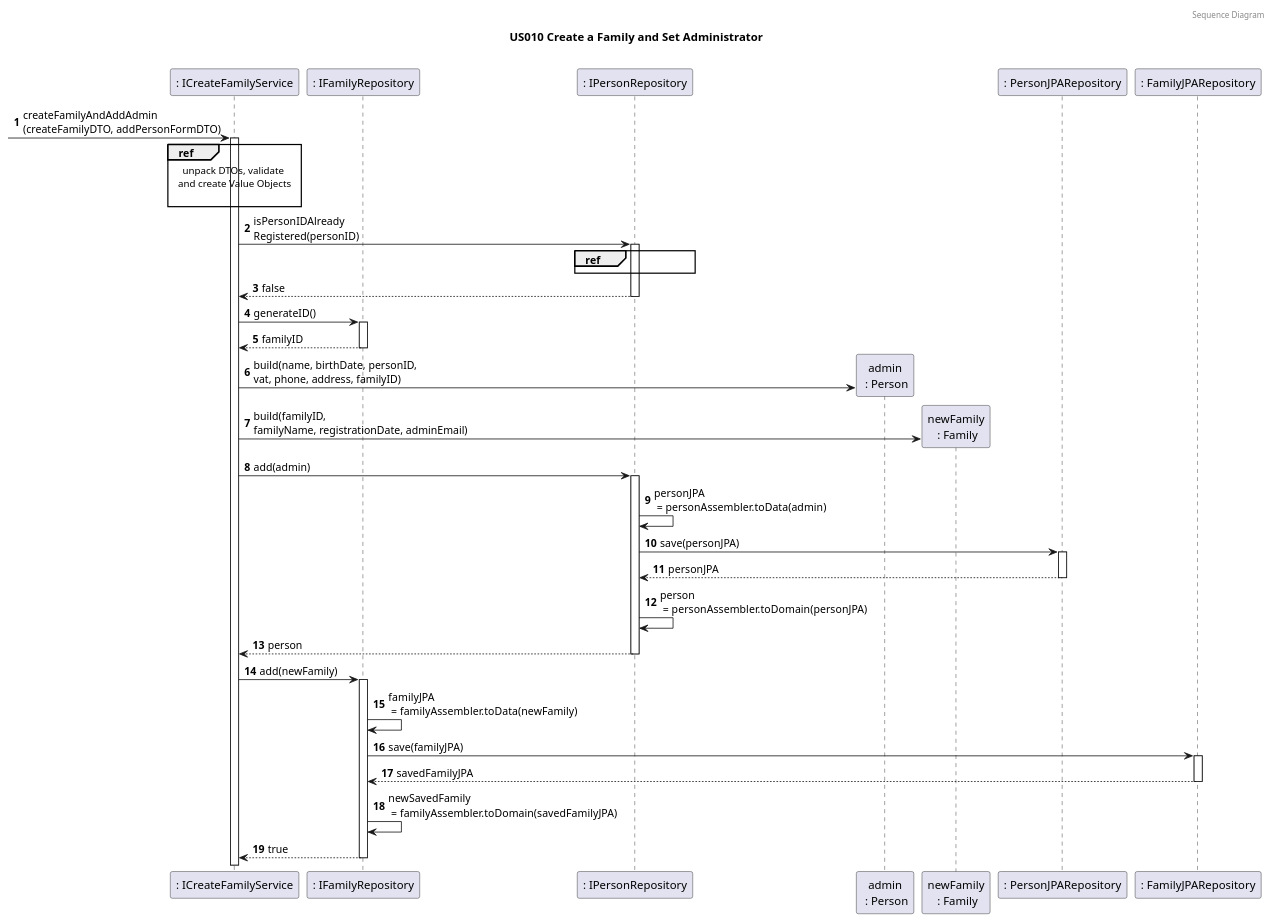
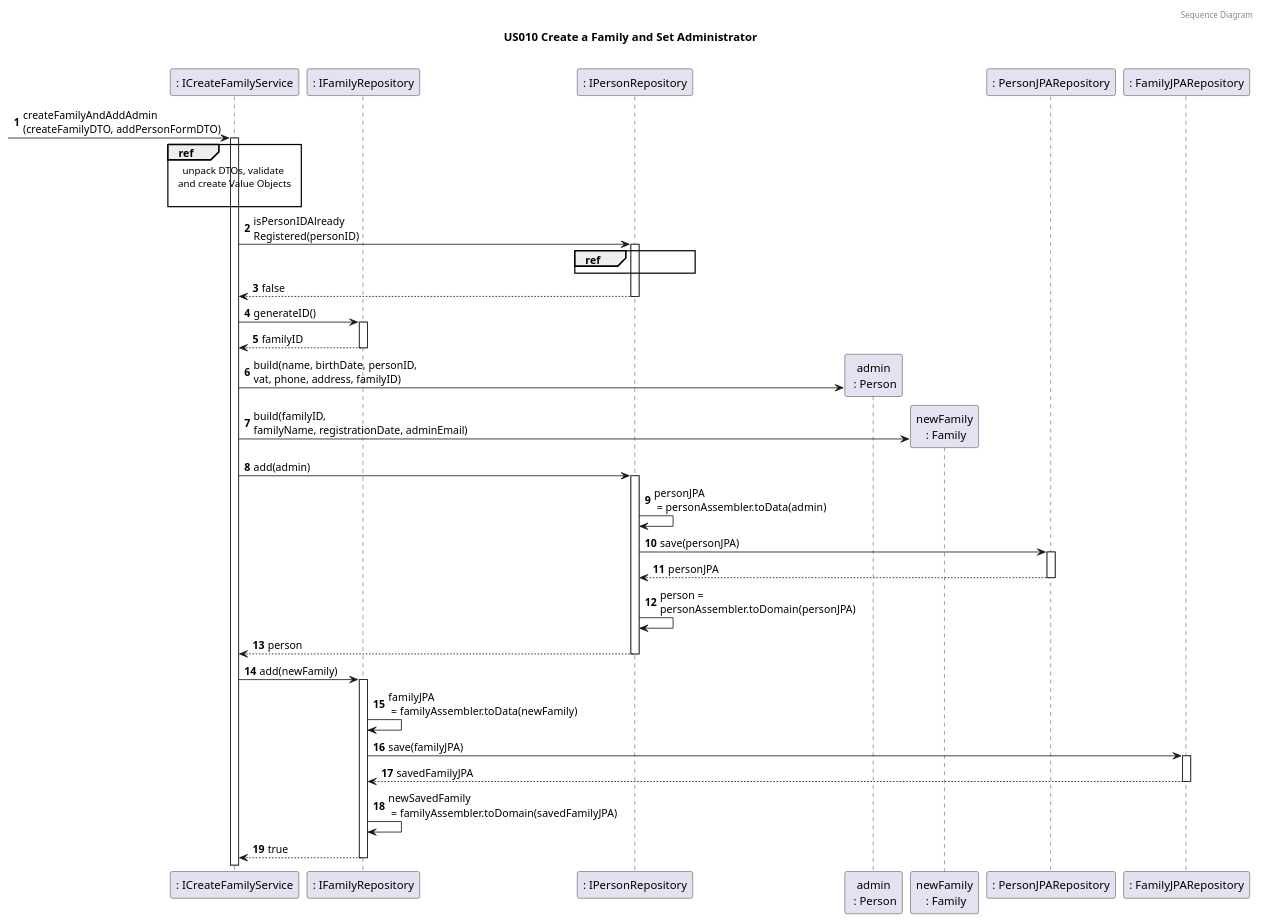
The third of 5 diagrams in docs/sprint4/user_stories/US010_CreateAFamilyAndSetAdministrator.md (tomas-osswald/switch_2020_g3), drawn with PlantUML before and after one commit. The commit also changed 3 other files, not shown here.

`````diff
--- a/docs/sprint4/user_stories/US010_CreateAFamilyAndSetAdministrator.md
+++ b/docs/sprint4/user_stories/US010_CreateAFamilyAndSetAdministrator.md
@@ -120,65 +120,65 @@
 ````puml
 @startuml
 
 autonumber
 header Sequence Diagram
 title US010 Create a Family and Set Administrator
 
 
 participant ": ICreateFamilyService" as FamAdminService
 participant ": IFamilyRepository" as familyRepository
 participant ": IPersonRepository" as personRepository
 participant "admin\n : Person" as admin
 participant "newFamily\n : Family" as newFamily
 participant ": PersonJPARepository" as personJAPRepository
 participant ": FamilyJPARepository" as familyJPARepository
 
 note left: especificar nome da instância no participant?
 
  -> FamAdminService : createFamilyAndAddAdmin\n(createFamilyDTO, addPersonFormDTO)
 activate FamAdminService
 
 ref over FamAdminService
 unpack DTOs, validate 
 and create Value Objects
 
 end ref
 
 FamAdminService -> personRepository: isPersonIDAlready\nRegistered(personID)
 ref over personRepository
 
 end ref
 activate personRepository
 return false
 FamAdminService -> familyRepository : generateID()
 activate familyRepository
 return familyID
 FamAdminService -> admin** : build(name, birthDate, personID, \nvat, phone, address, familyID)
 
 FamAdminService -> newFamily**: build(familyID, \nfamilyName, registrationDate, adminEmail)
 
 FamAdminService -> personRepository: add(admin)
 activate personRepository
 personRepository -> personRepository: personJPA\n = personAssembler.toData(admin)
 personRepository -> personJAPRepository: save(personJPA)
 activate personJAPRepository
 return personJPA
-personRepository -> personRepository: person\n = personAssembler.toDomain(personJPA)
+personRepository -> personRepository: person = \npersonAssembler.toDomain(personJPA)
 return person
 
 FamAdminService -> familyRepository: add(newFamily)
 activate familyRepository
 familyRepository -> familyRepository : familyJPA\n = familyAssembler.toData(newFamily)
 familyRepository -> familyJPARepository : save(familyJPA)
 activate familyJPARepository
 return savedFamilyJPA
 familyRepository -> familyRepository : newSavedFamily\n = familyAssembler.toDomain(savedFamilyJPA)
 
 
 
 
 return true
  
 
 @enduml
 ````
`````
